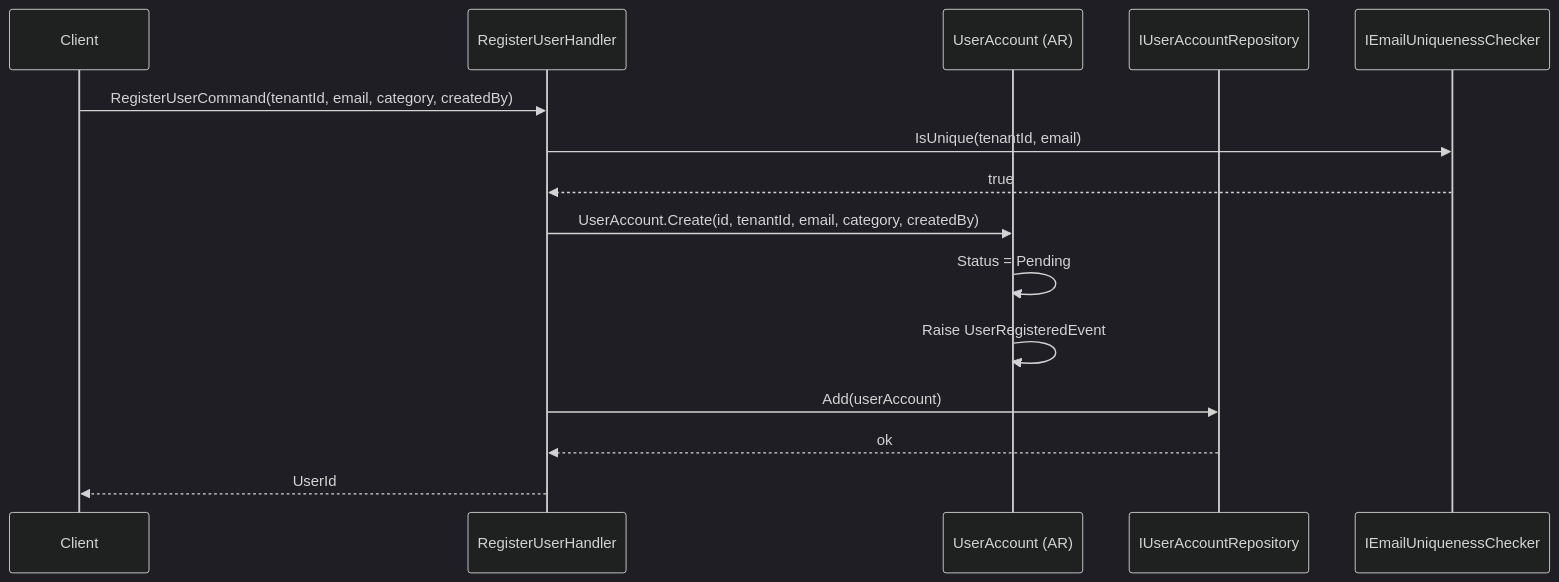
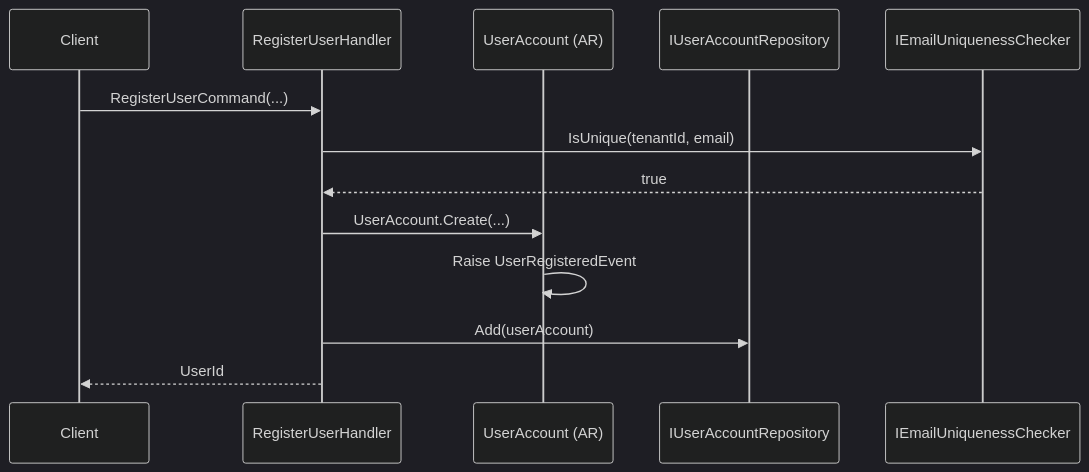
One commit to beyondnetcode/ums changed the first of 5 diagrams in docs/domain/identity/user-account.md. Above: the diagram before and after it, drawn with Mermaid (dark theme). The commit also changed other lines of this file and 19 other files, not shown here.

````diff
--- a/docs/domain/identity/user-account.md
+++ b/docs/domain/identity/user-account.md
@@ -128,18 +135,16 @@
 ```mermaid
 sequenceDiagram
     participant C as Client
     participant H as RegisterUserHandler
     participant U as UserAccount (AR)
     participant R as IUserAccountRepository
     participant E as IEmailUniquenessChecker
 
-    C->>H: RegisterUserCommand(tenantId, email, category, createdBy)
+    C->>H: RegisterUserCommand(...)
     H->>E: IsUnique(tenantId, email)
     E-->>H: true
-    H->>U: UserAccount.Create(id, tenantId, email, category, createdBy)
-    U->>U: Status = Pending
+    H->>U: UserAccount.Create(...)
     U->>U: Raise UserRegisteredEvent
     H->>R: Add(userAccount)
-    R-->>H: ok
     H-->>C: UserId
 ```
````
